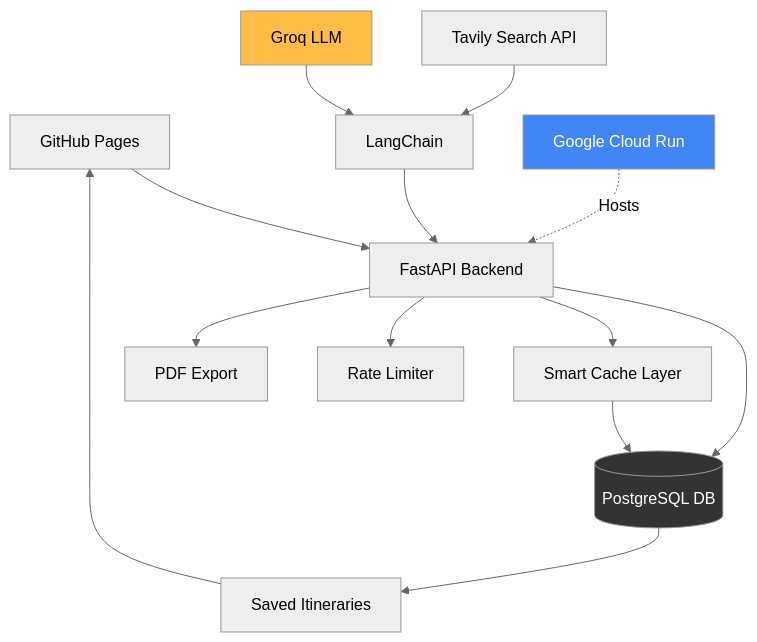
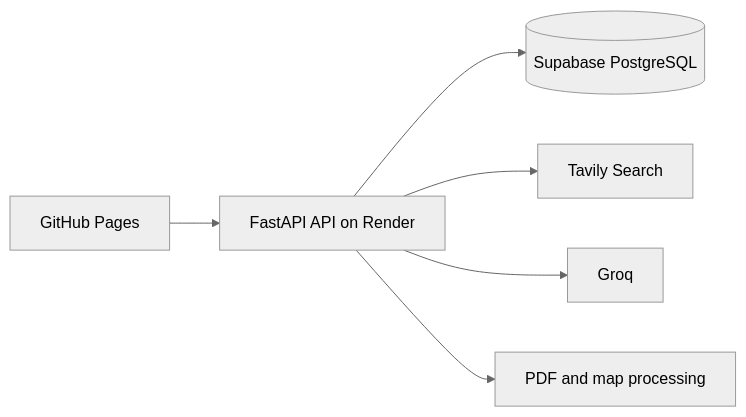
The diagram in README.md (Jfor12/ai-travel-planner), drawn with Mermaid (neutral theme) before and after one commit. The commit also changed other lines of this file and 9 other files, not shown here.

````diff
--- a/README.md
+++ b/README.md
@@ -7,24 +9,8 @@
 ```mermaid
-flowchart TD
-    A[GitHub Pages] --> B[FastAPI Backend]
-    B --> C[(PostgreSQL DB)]
-    
-    D[Tavily Search API] --> E[LangChain]
-    F[Groq LLM] --> E
-    E --> B
-    
-    B --> G[Smart Cache Layer]
-    G --> C
-    
-    B --> H[Rate Limiter]
-    B --> I[PDF Export]
-    
-    C --> J[Saved Itineraries]
-    J --> A
-    
-    K[Google Cloud Run] -.->|Hosts| B
-    
-    style F fill:#ffbd45,color:#000
-    style C fill:#333,color:#fff
-    style K fill:#4285f4,color:#fff
+flowchart LR
+    A[GitHub Pages] --> B[FastAPI API on Render]
+    B --> C[(Supabase PostgreSQL)]
+    B --> D[Tavily Search]
+    B --> E[Groq]
+    B --> F[PDF and map processing]
 ```
````
